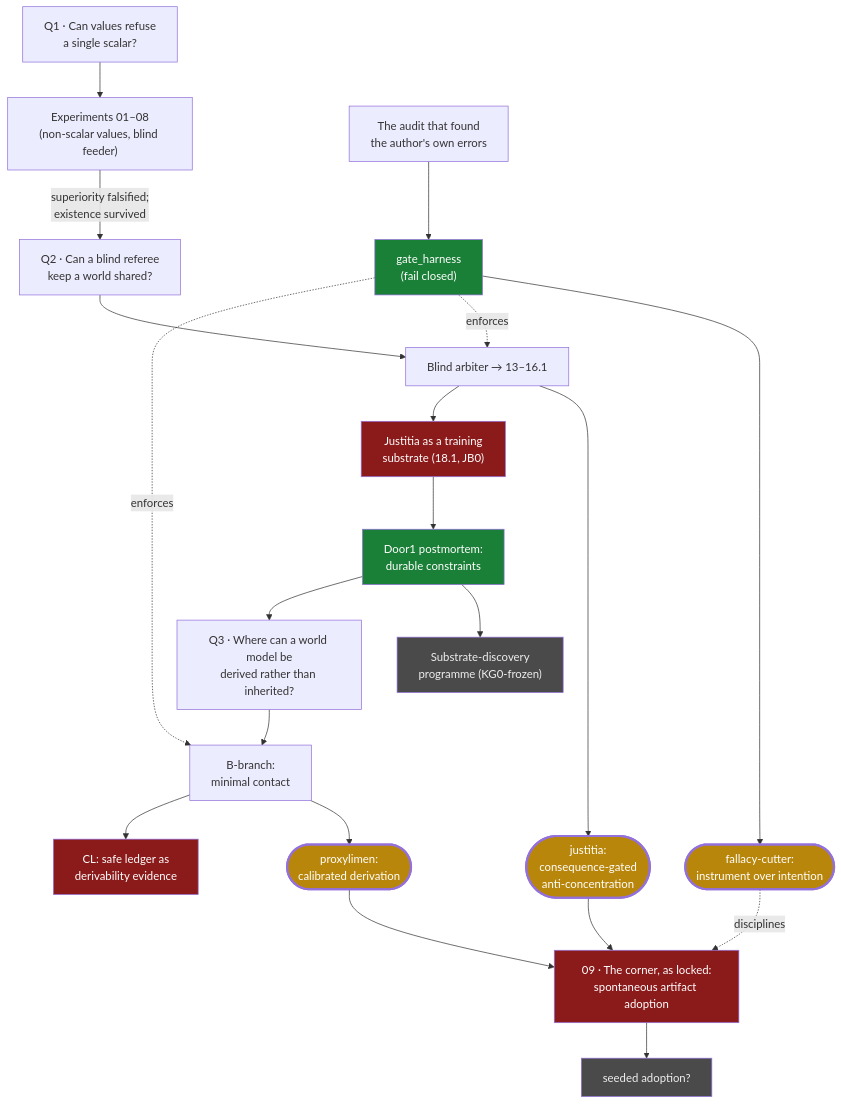
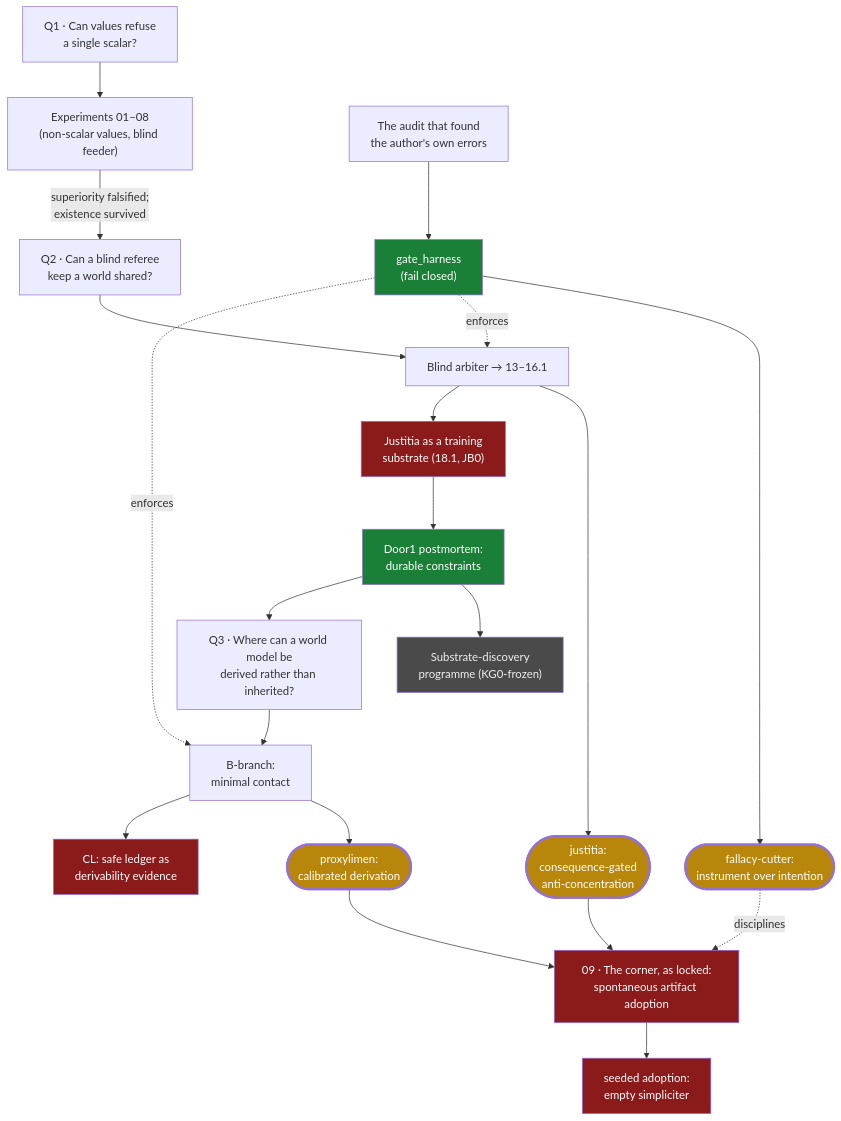
Before and after one commit to Kirill-Kruglov/ascesis: the diagram in README.md, drawn with Mermaid. The commit also changed other lines of this file and 1 other file, not shown here.

Commit message:
Line 09, second death: the corner is empty simpliciter
Wave 4 lit the torch by hand (forced and seeded arms, 80 seeds, all decisions
VALID) and the kill simpliciter fired. The kill paid for itself: forced
legibility narrowed the one measurable ceiling (1.2 -> 1.0); trust without
verification lost it entirely; the envelopes were kept, not hollow - the
mechanism worked as designed and still did not help. 'An envelope loose enough
to be kept is loose enough to hide in.' The map showed this line grey before
the runs, red as locked after the first death, and red simpliciter now.

````diff
--- a/README.md
+++ b/README.md
@@ -22,27 +22,27 @@
 ```mermaid
 flowchart TD
     classDef verified fill:#1a7f37,color:#fff
     classDef falsified fill:#8b1a1a,color:#fff
     classDef open fill:#4a4a4a,color:#eee
     classDef concl fill:#b8860b,color:#fff,stroke-width:3px
 
     Q1["Q1 · Can values refuse<br/>a single scalar?"] --> E["Experiments 01–08<br/>(non-scalar values, blind feeder)"]
     E -->|"superiority falsified;<br/>existence survived"| Q2["Q2 · Can a blind referee<br/>keep a world shared?"]
     Q2 --> J["Blind arbiter → 13–16.1"]
     J --> JC(["justitia:<br/>consequence-gated<br/>anti-concentration"]):::concl
     J --> S["Justitia as a training<br/>substrate (18.1, JB0)"]:::falsified
     S --> D1["Door1 postmortem:<br/>durable constraints"]:::verified
     D1 --> SD["Substrate-discovery<br/>programme (KG0-frozen)"]:::open
     D1 --> Q3["Q3 · Where can a world model be<br/>derived rather than inherited?"]
     Q3 --> B["B-branch:<br/>minimal contact"]
     B --> PC(["proxylimen:<br/>calibrated derivation"]):::concl
     B --> CL["CL: safe ledger as<br/>derivability evidence"]:::falsified
     A["The audit that found<br/>the author's own errors"] --> G["gate_harness<br/>(fail closed)"]:::verified
     G --> FC(["fallacy-cutter:<br/>instrument over intention"]):::concl
     G -. enforces .-> J
     G -. enforces .-> B
     PC --> X["09 · The corner, as locked:<br/>spontaneous artifact adoption"]:::falsified
     JC --> X
     FC -. disciplines .-> X
-    X --> X2["seeded adoption?"]:::open
+    X --> X2["seeded adoption:<br/>empty simpliciter"]:::falsified
 ```
````
